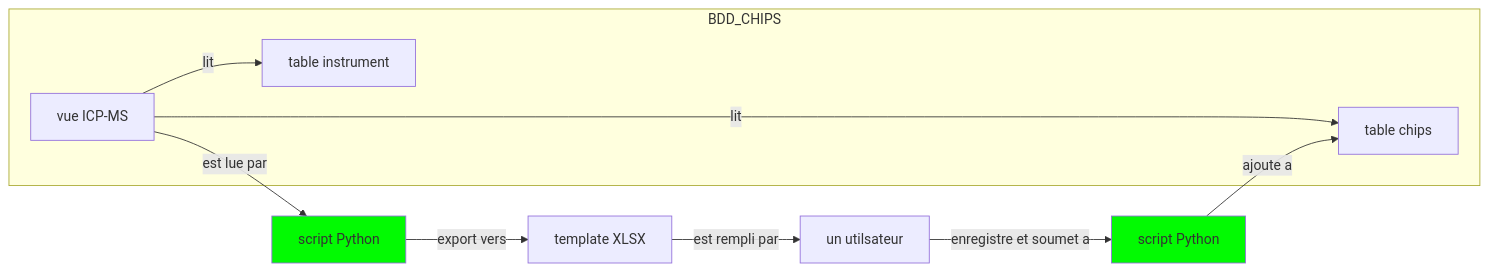
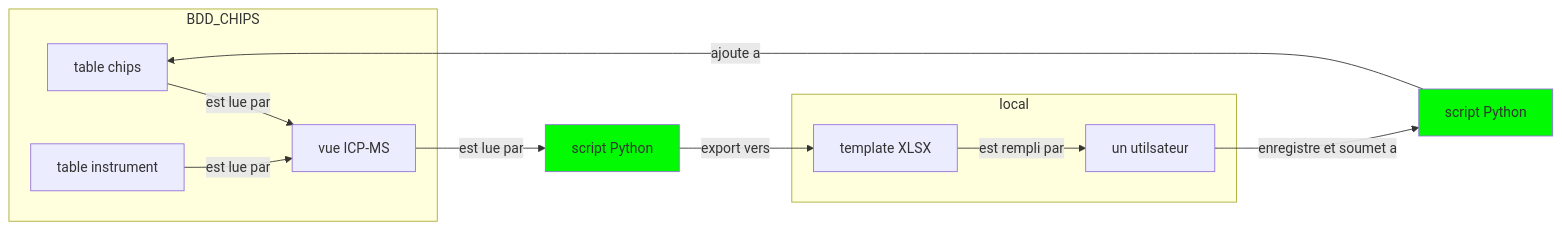
Before and after one commit to iramat/iramat-dev: the diagram in dbs/chips/README.md, drawn with Mermaid.

````diff
--- a/dbs/chips/README.md
+++ b/dbs/chips/README.md
@@ -26,16 +26,20 @@
 ```mermaid
 flowchart LR
     subgraph BDD_CHIPS
-      A[vue ICP-MS] -- lit --> tC[table chips]
-      A -- lit --> tI[table instrument]
+      tC[table chips] -- est lue par --> A[vue ICP-MS]
+      tI[table instrument] -- est lue par --> A[vue ICP-MS]
+    end
+    subgraph local
+      Xt[template XLSX];
+      U[un utilsateur];
     end
     A -- est lue par --> P1[script Python];
-    P1 -- export vers --> Xt[template XLSX];
-    Xt -- est rempli par --> U[un utilsateur]
-    U -- enregistre et soumet a --> P2[script Python]
-    P2 -- ajoute a --> tC
+    P1 -- export vers --> Xt;
+    Xt -- est rempli par --> U;
+    U -- enregistre et soumet a --> P2[script Python];
+    P2 -- ajoute a --> tC;
 
 click A "https://github.com/zoometh/iramat-test/tree/main/dbs#table_chimie"
 style P1 fill:#02fa02
 style P2 fill:#02fa02
 ```
````
